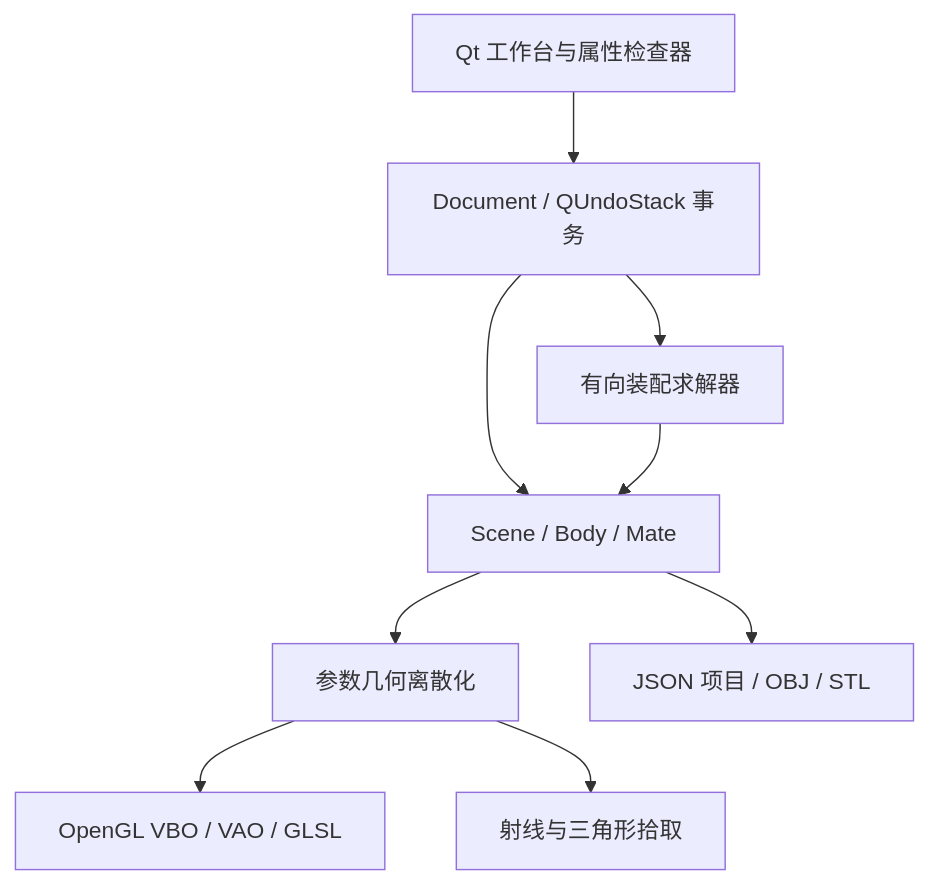
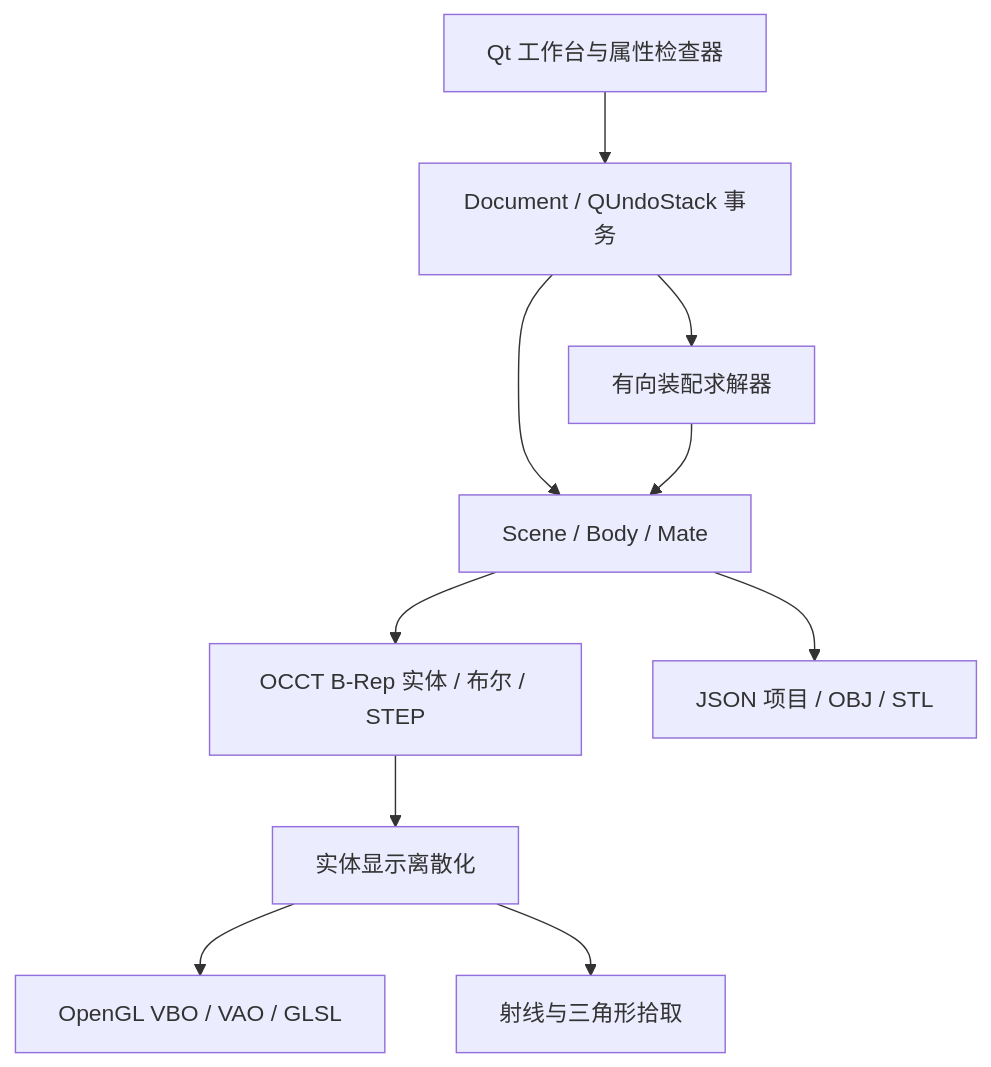
The diagram in README.md (13536309143/AxisForge-CAD), drawn with Mermaid before and after one commit. The commit also changed other lines of this file and 24 other files, not shown here.

Commit message:
Integrate OCCT solids, transactional booleans and STEP exchange

````diff
--- a/README.md
+++ b/README.md
@@ -116,11 +150,12 @@
 ```mermaid
 flowchart TB
   UI[Qt 工作台与属性检查器] --> DOC[Document / QUndoStack 事务]
   DOC --> SCENE[Scene / Body / Mate]
   DOC --> SOLVE[有向装配求解器]
   SOLVE --> SCENE
-  SCENE --> GEO[参数几何离散化]
+  SCENE --> KERNEL[OCCT B-Rep 实体 / 布尔 / STEP]
+  KERNEL --> GEO[实体显示离散化]
   GEO --> GL[OpenGL VBO / VAO / GLSL]
   GEO --> PICK[射线与三角形拾取]
   SCENE --> IO[JSON 项目 / OBJ / STL]
 ```
````
